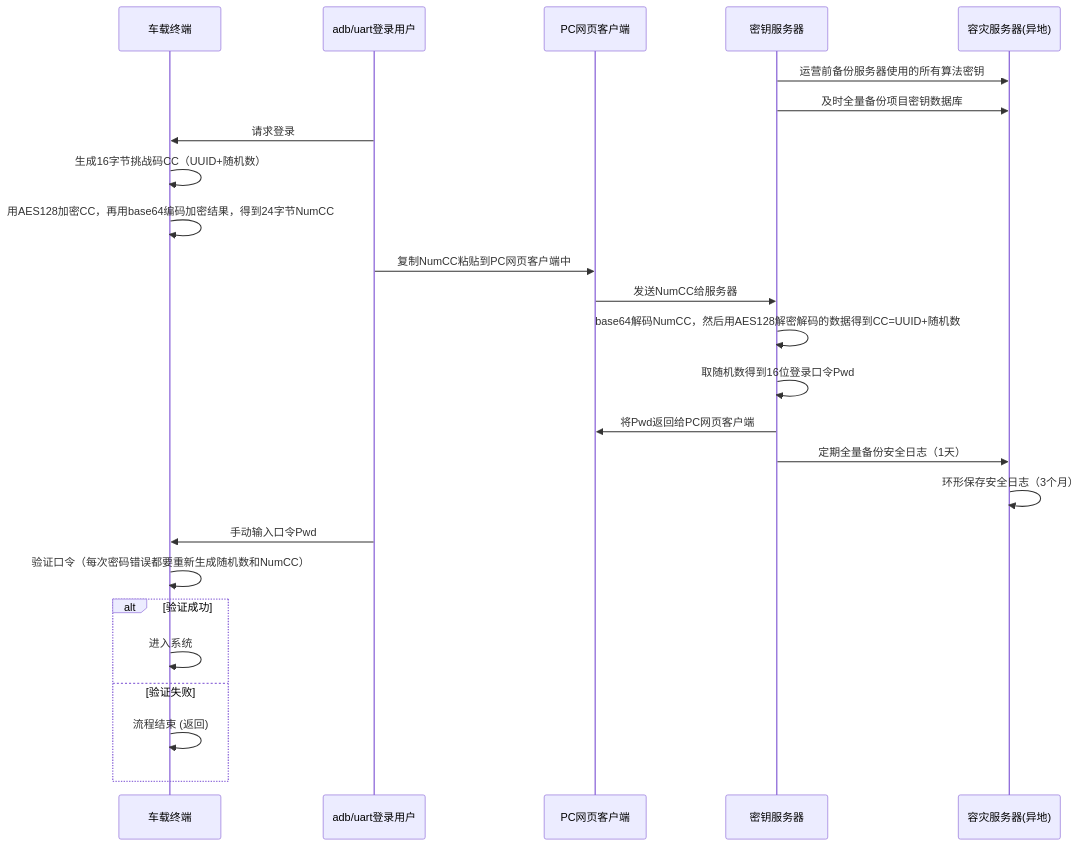
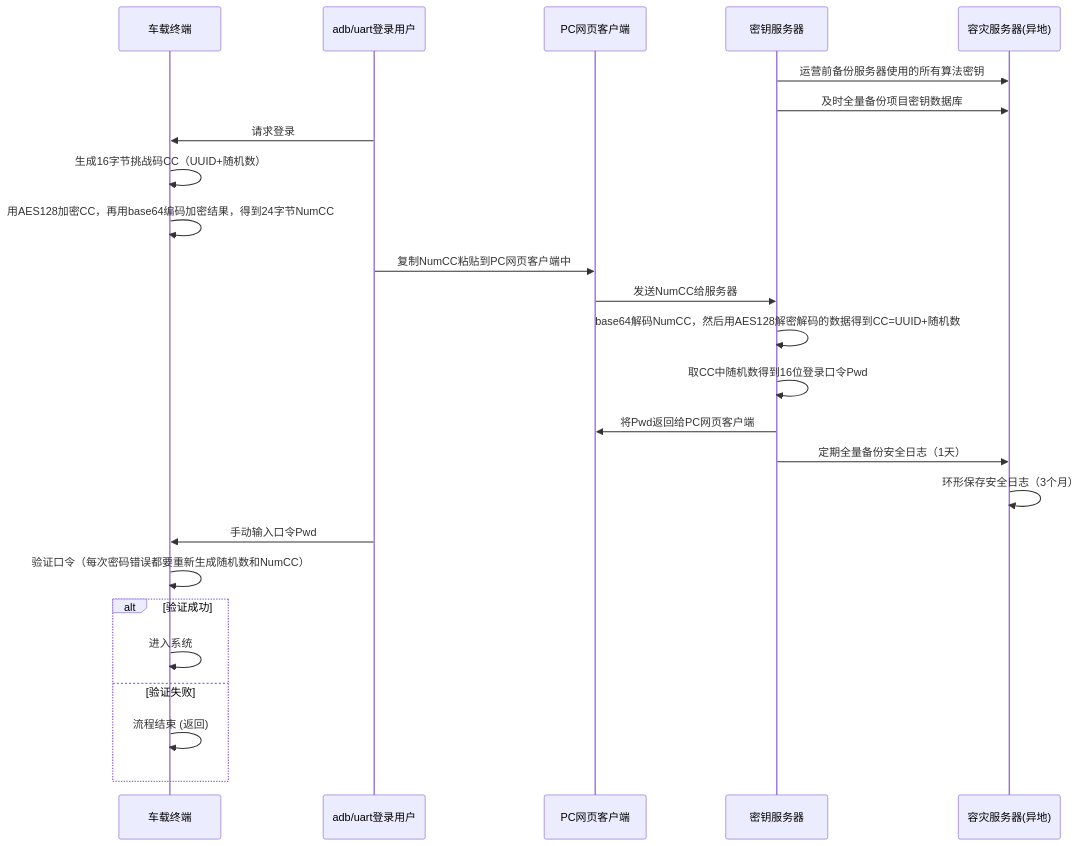
The diagram in all/未命名-19.md (facebook-cloud/iodraw-files), drawn with Mermaid before and after one commit.

Commit message:
2026-03-19 16:49:17 update

````diff
--- a/all/未命名-19.md
+++ b/all/未命名-19.md
@@ -1,33 +1,32 @@
 ```mermaid
 sequenceDiagram
     participant tbox as 车载终端
     participant user as adb/uart登录用户
     participant pc as PC网页客户端
     participant tech_center as 密钥服务器
     participant backup as 容灾服务器(异地)
   
     tech_center->>backup: 运营前备份服务器使用的所有算法密钥
     tech_center->>backup: 及时全量备份项目密钥数据库
 
     user->>tbox: 请求登录
     tbox->>tbox: 生成16字节挑战码CC（UUID+随机数）
     tbox->>tbox: 用AES128加密CC，再用base64编码加密结果，得到24字节NumCC
     user->>pc: 复制NumCC粘贴到PC网页客户端中
     pc->>tech_center: 发送NumCC给服务器
     tech_center->>tech_center: base64解码NumCC，然后用AES128解密解码的数据得到CC=UUID+随机数
-
-    tech_center->>tech_center: 取随机数得到16位登录口令Pwd
+    tech_center->>tech_center: 取CC中随机数得到16位登录口令Pwd
     tech_center->>pc: 将Pwd返回给PC网页客户端
 
     tech_center->>backup: 定期全量备份安全日志（1天）
     backup->>backup: 环形保存安全日志（3个月）
     user->>tbox: 手动输入口令Pwd
     tbox->>tbox: 验证口令（每次密码错误都要重新生成随机数和NumCC）
     alt 验证成功
         tbox->>tbox: 进入系统
     else 验证失败
         tbox->>tbox: 流程结束 (返回)
     end
 
 
 ```
````
